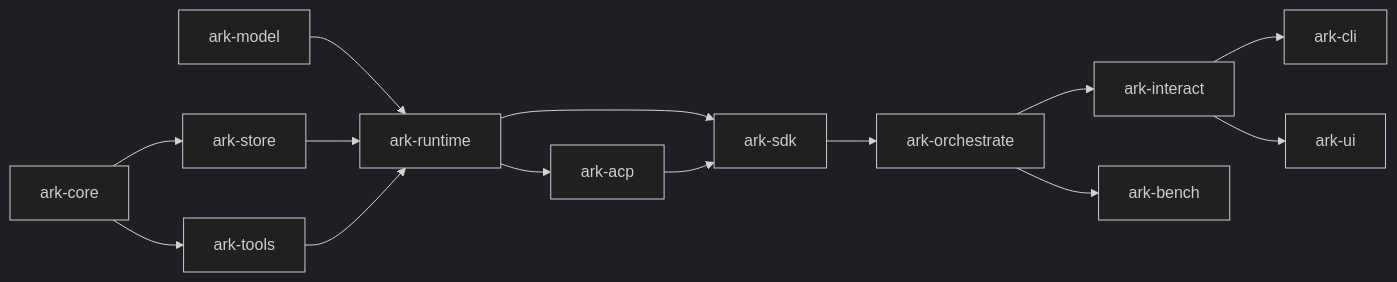
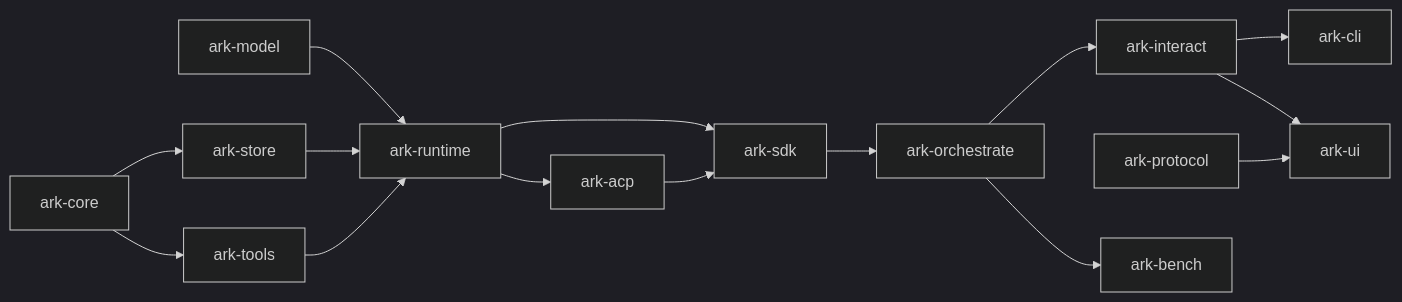
Before and after one commit to 0x00vb/ARK: the second of 5 diagrams in docs/ARCHITECTURE.md, drawn with Mermaid (dark theme). The commit also changed other lines of this file and 47 other files, not shown here.

````diff
--- a/docs/ARCHITECTURE.md
+++ b/docs/ARCHITECTURE.md
@@ -51,8 +51,9 @@
 ```mermaid
 flowchart LR
     core[ark-core] --> store[ark-store] & tools[ark-tools]
     model[ark-model] & store & tools --> runtime[ark-runtime] --> sdk[ark-sdk]
     runtime --> acp[ark-acp] --> sdk
     sdk --> orch[ark-orchestrate] --> interact[ark-interact] --> cli[ark-cli] & ui[ark-ui]
+    protocol[ark-protocol] --> ui
     orch --> bench[ark-bench]
 ```
````
